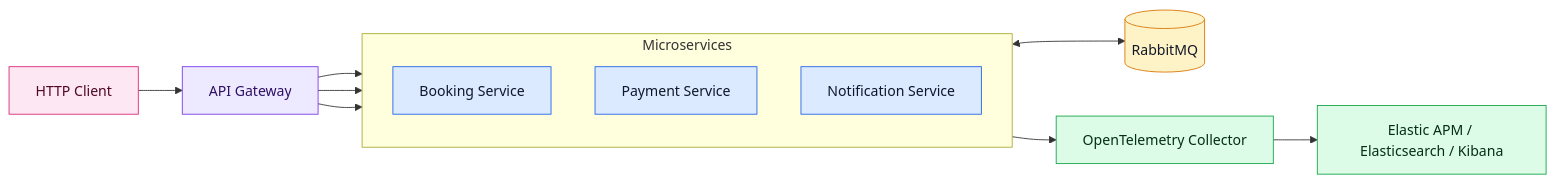
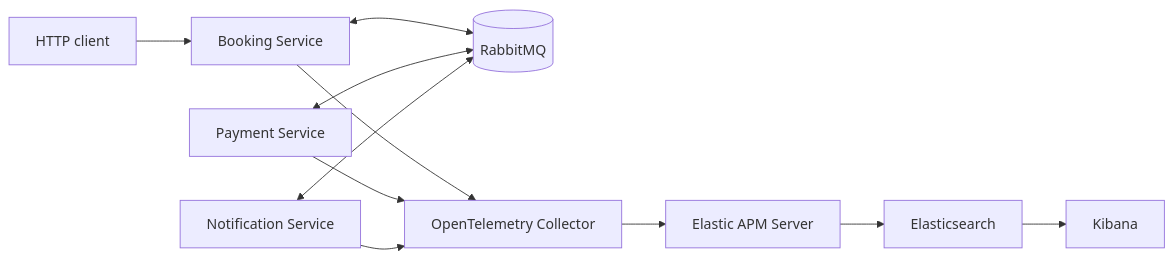
Before and after one commit to mohammad4x/ELK_Observability: the diagram in README.md, drawn with Mermaid. The commit also changed other lines of this file and 46 other files, not shown here.

````diff
--- a/README.md
+++ b/README.md
@@ -81,31 +71,11 @@
 ```mermaid
 flowchart LR
-    Client[HTTP Client] --> Gateway[API Gateway]
-
-    subgraph Services[Microservices]
-        direction TB
-        Booking[Booking Service]
-        Payment[Payment Service]
-        Notification[Notification Service]
-    end
-
-    Gateway --> Booking
-    Gateway --> Payment
-    Gateway --> Notification
-
-    Services <--> Rabbit[(RabbitMQ)]
-    Services --> OTEL[OpenTelemetry Collector]
-    OTEL --> Elastic[Elastic APM / Elasticsearch / Kibana]
-
-    classDef service fill:#dbeafe,stroke:#2563eb,color:#0f172a
-    classDef gateway fill:#ede9fe,stroke:#7c3aed,color:#2e1065
-    classDef broker fill:#fef3c7,stroke:#d97706,color:#111827
-    classDef observability fill:#dcfce7,stroke:#16a34a,color:#052e16
-    classDef client fill:#fce7f3,stroke:#db2777,color:#500724
-
-    class Booking,Payment,Notification service
-    class Gateway gateway
-    class Rabbit broker
-    class OTEL,Elastic observability
-    class Client client
+    Client[HTTP client] --> Booking[Booking Service]
+    Booking <--> Rabbit[(RabbitMQ)]
+    Payment[Payment Service] <--> Rabbit
+    Notification[Notification Service] <--> Rabbit
+    Booking --> Collector[OpenTelemetry Collector]
+    Payment --> Collector
+    Notification --> Collector
+    Collector --> APM[Elastic APM Server] --> ES[Elasticsearch] --> Kibana[Kibana]
 ```
````
